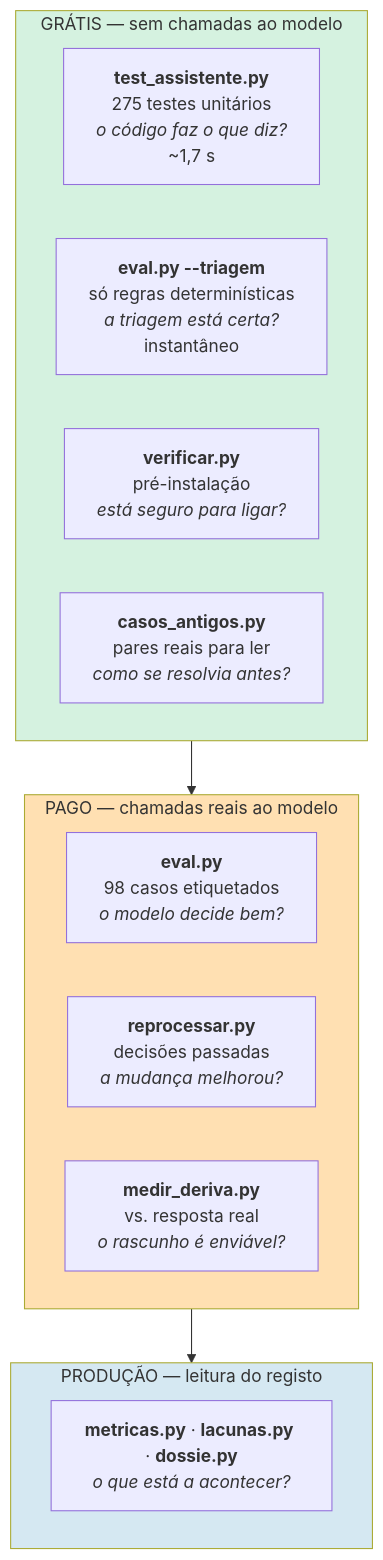
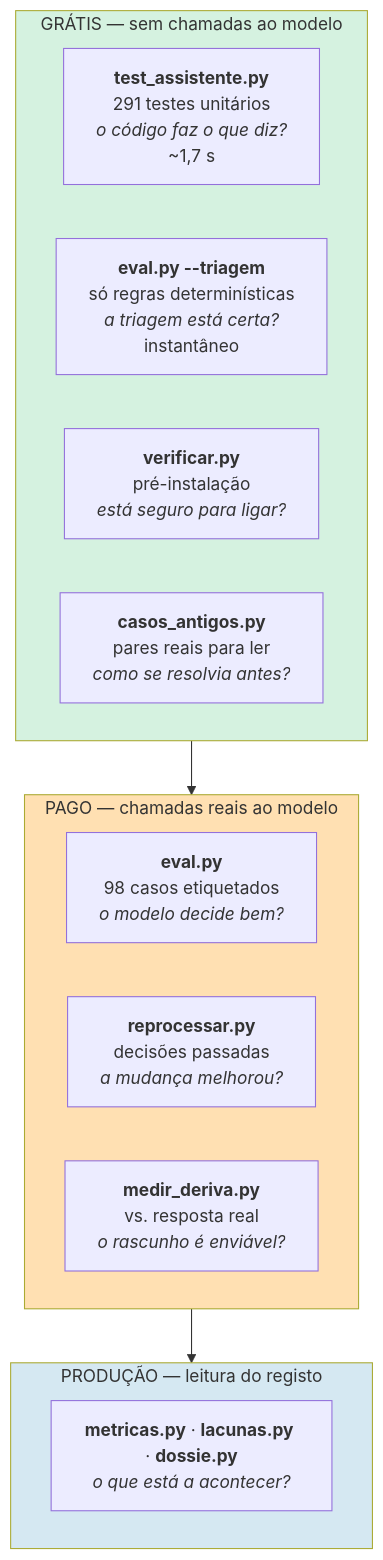
Before and after one commit to joaocarvalhini/Outlook-Reply-Assistant: the first of 3 diagrams in docs/05-reliability/qa.md, drawn with Mermaid. The commit also changed other lines of this file and 9 other files, not shown here.

````diff
--- a/docs/05-reliability/qa.md
+++ b/docs/05-reliability/qa.md
@@ -19,22 +19,22 @@
 ```mermaid
 flowchart TB
     subgraph G["GRÁTIS — sem chamadas ao modelo"]
-        T1["<b>test_assistente.py</b><br/>275 testes unitários<br/><i>o código faz o que diz?</i><br/>~1,7 s"]
+        T1["<b>test_assistente.py</b><br/>291 testes unitários<br/><i>o código faz o que diz?</i><br/>~1,7 s"]
         T2["<b>eval.py --triagem</b><br/>só regras determinísticas<br/><i>a triagem está certa?</i><br/>instantâneo"]
         T3["<b>verificar.py</b><br/>pré-instalação<br/><i>está seguro para ligar?</i>"]
         T4["<b>casos_antigos.py</b><br/>pares reais para ler<br/><i>como se resolvia antes?</i>"]
     end
     subgraph P["PAGO — chamadas reais ao modelo"]
         T5["<b>eval.py</b><br/>98 casos etiquetados<br/><i>o modelo decide bem?</i>"]
         T6["<b>reprocessar.py</b><br/>decisões passadas<br/><i>a mudança melhorou?</i>"]
         T7["<b>medir_deriva.py</b><br/>vs. resposta real<br/><i>o rascunho é enviável?</i>"]
     end
     subgraph PR["PRODUÇÃO — leitura do registo"]
         T8["<b>metricas.py</b> · <b>lacunas.py</b> · <b>dossie.py</b><br/><i>o que está a acontecer?</i>"]
     end
 
     G --> P --> PR
     style G fill:#d5f2e0
     style P fill:#ffe0b2
     style PR fill:#d5e8f2
 ```
````
